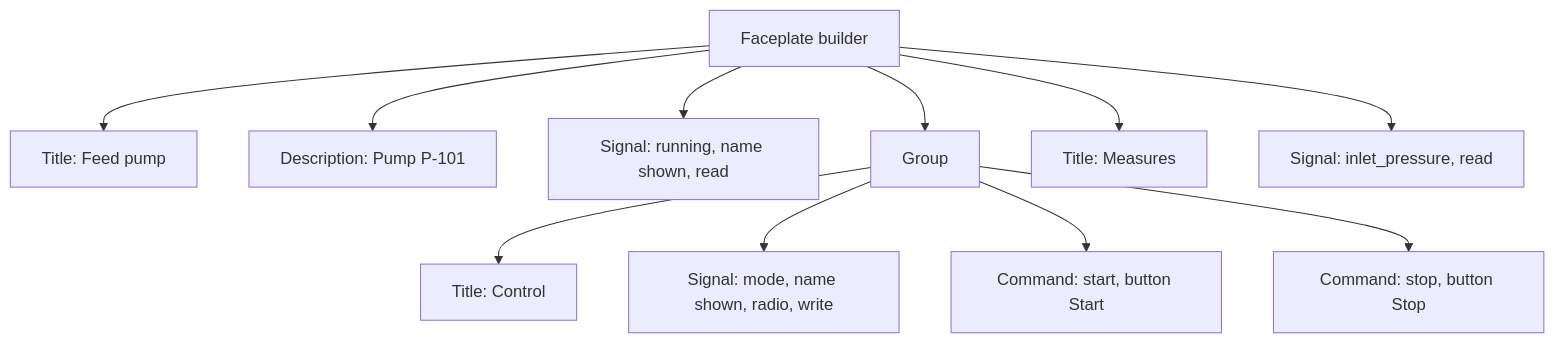
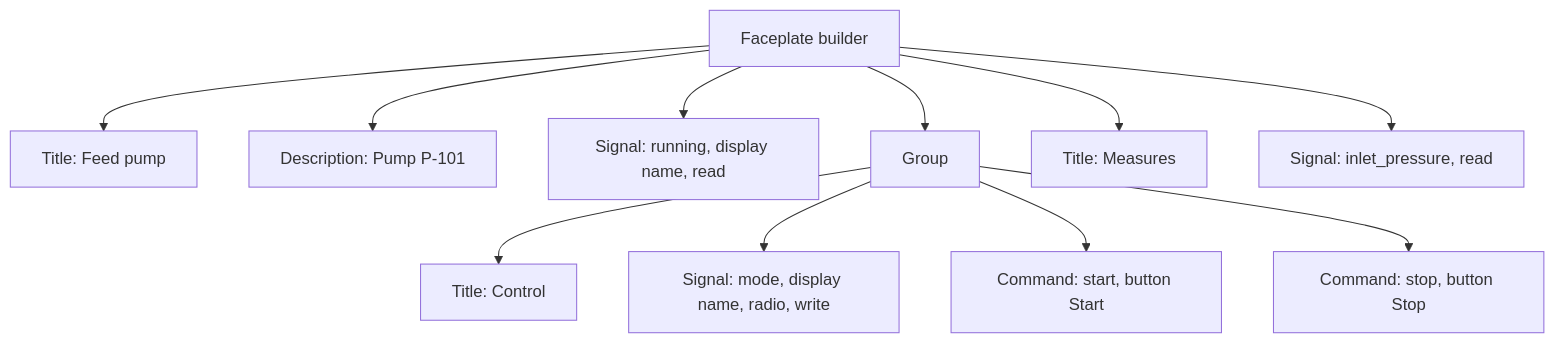
One commit to AlexandreGallais/synoptic-studio-spec changed diagram 40 of 51 in metadata/draft.md. Above: the diagram before and after it, drawn with Mermaid. The commit also changed other lines of this file and 2 other files, not shown here.

````diff
--- a/metadata/draft.md
+++ b/metadata/draft.md
@@ -1209,13 +1209,13 @@
 ```mermaid
 flowchart TD
     FP["Faceplate builder"] --> T["Title: Feed pump"]
     FP --> D["Description: Pump P-101"]
-    FP --> E1["Signal: running, name shown, read"]
+    FP --> E1["Signal: running, display name, read"]
     FP --> G["Group"]
     G --> GT["Title: Control"]
-    G --> E2["Signal: mode, name shown, radio, write"]
+    G --> E2["Signal: mode, display name, radio, write"]
     G --> E3["Command: start, button Start"]
     G --> E4["Command: stop, button Stop"]
     FP --> E5["Title: Measures"]
     FP --> E6["Signal: inlet_pressure, read"]
 ```
````
